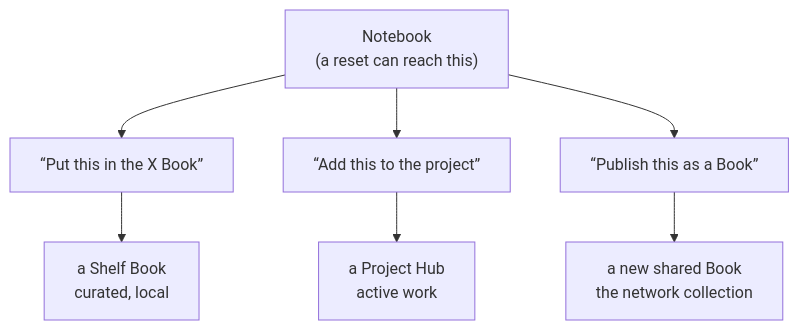
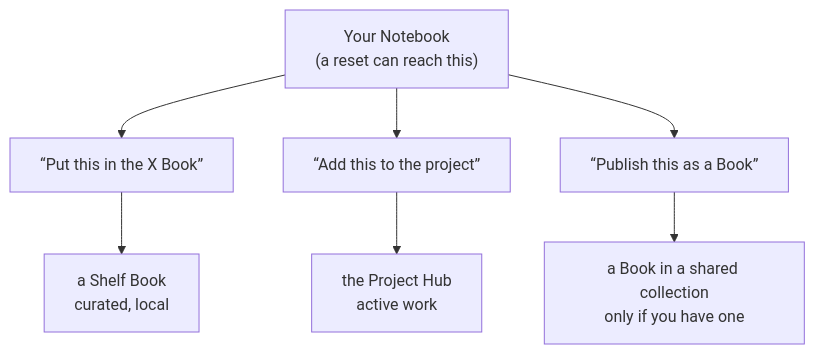
The fifth of 10 diagrams in docs/guides/workflow-guide.md (eKioga/deskpost), drawn with Mermaid before and after one commit. The commit also changed other lines of this file and 32 other files, not shown here.

````diff
--- a/docs/guides/workflow-guide.md
+++ b/docs/guides/workflow-guide.md
@@ -106,9 +96,9 @@
 ```mermaid
 flowchart TD
-    NB["Notebook\n(a reset can reach this)"] --> A["“Put this in the X Book”"]
+    NB["Your Notebook\n(a reset can reach this)"] --> A["“Put this in the X Book”"]
     NB --> B["“Add this to the project”"]
     NB --> C["“Publish this as a Book”"]
     A --> A2["a Shelf Book\ncurated, local"]
-    B --> B2["a Project Hub\nactive work"]
-    C --> C2["a new shared Book\nthe network collection"]
+    B --> B2["the Project Hub\nactive work"]
+    C --> C2["a Book in a shared collection\nonly if you have one"]
 ```
````
